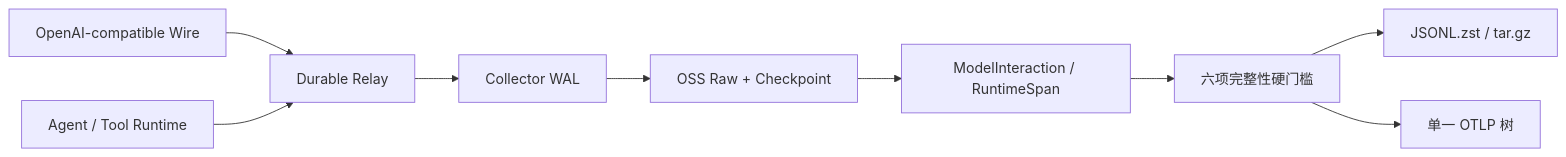
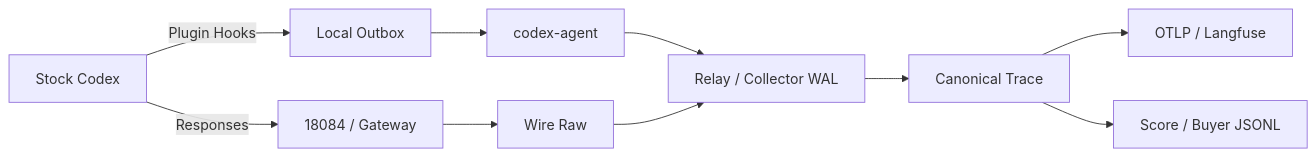
The diagram in README.md (XS-MLVP/ChipTrace), drawn with Mermaid before and after one commit. The commit also changed other lines of this file and 30 other files, not shown here.

Commit message:
feat: 收敛 Stock Codex Trace 采集主链

````diff
--- a/README.md
+++ b/README.md
@@ -21,11 +21,12 @@
 ```mermaid
 flowchart LR
-    A[OpenAI-compatible Wire] --> B[Durable Relay]
-    R[Agent / Tool Runtime] --> B
-    B --> C[Collector WAL]
-    C --> D[OSS Raw + Checkpoint]
-    D --> E[ModelInteraction / RuntimeSpan]
-    E --> F[六项完整性硬门槛]
-    F --> G[JSONL.zst / tar.gz]
-    F --> H[单一 OTLP 树]
+    A[Stock Codex] -->|Responses| B[18084 / Gateway]
+    A -->|Plugin Hooks| C[Local Outbox]
+    B --> D[Wire Raw]
+    C --> E[codex-agent]
+    E --> F[Relay / Collector WAL]
+    D --> F
+    F --> G[Canonical Trace]
+    G --> H[OTLP / Langfuse]
+    G --> I[Score / Buyer JSONL]
 ```
````
